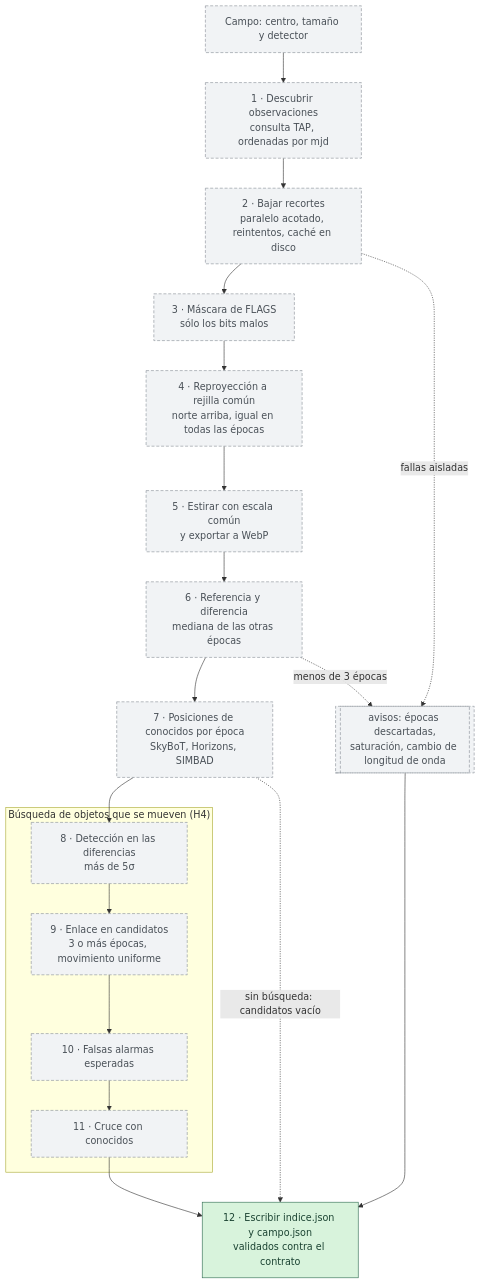
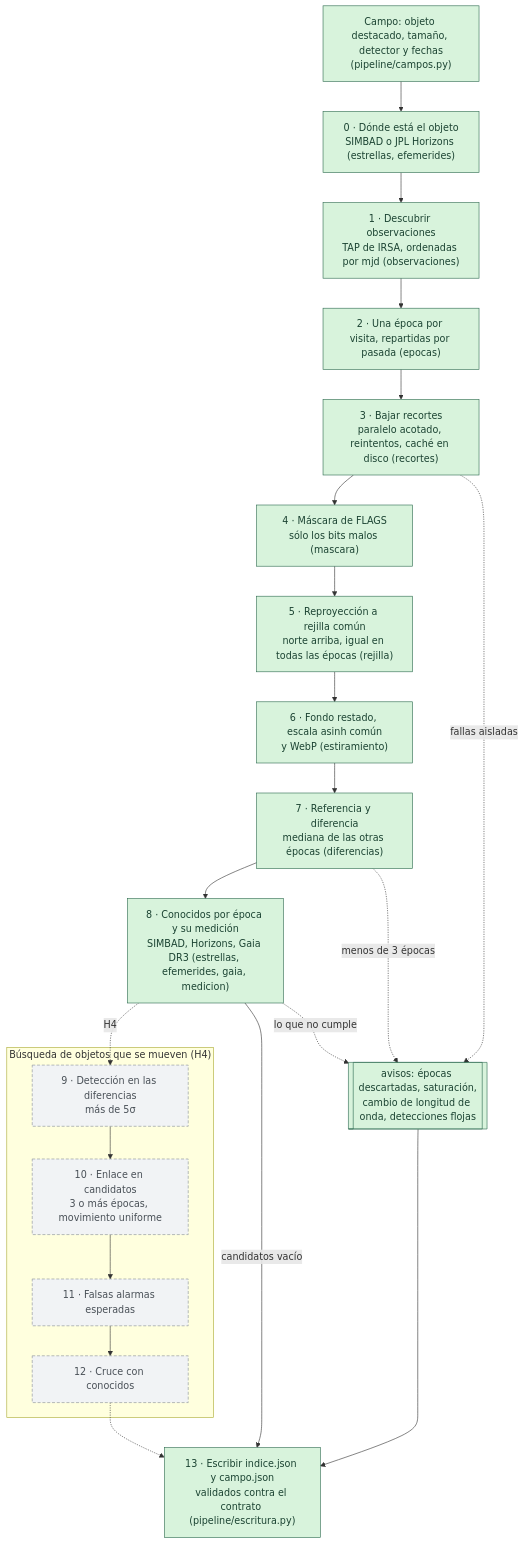
One commit to lautaromoreyraa/spherex-blink changed the fourth of 10 diagrams in README.md. Above: the diagram before and after it, drawn with Mermaid. The commit also changed other lines of this file, not shown here.

First line of the commit message:
RNF-12: Reescribe el README con el pipeline de datos real

````diff
--- a/README.md
+++ b/README.md
@@ -153,31 +152,34 @@
 ```mermaid
 flowchart TB
-    entrada["Campo: centro, tamaño y detector"]:::objetivo
-    descubrir["1 · Descubrir observaciones<br/>consulta TAP, ordenadas por mjd"]:::objetivo
-    bajar["2 · Bajar recortes<br/>paralelo acotado, reintentos, caché en disco"]:::objetivo
-    mascara["3 · Máscara de FLAGS<br/>sólo los bits malos"]:::objetivo
-    rejilla["4 · Reproyección a rejilla común<br/>norte arriba, igual en todas las épocas"]:::objetivo
-    estirar["5 · Estirar con escala común<br/>y exportar a WebP"]:::objetivo
-    diferencia["6 · Referencia y diferencia<br/>mediana de las otras épocas"]:::objetivo
-    conocidos["7 · Posiciones de conocidos por época<br/>SkyBoT, Horizons, SIMBAD"]:::objetivo
+    entrada["Campo: objeto destacado, tamaño, detector y fechas<br/>(pipeline/campos.py)"]:::hecho
+    destacado["0 · Dónde está el objeto<br/>SIMBAD o JPL Horizons (estrellas, efemerides)"]:::hecho
+    descubrir["1 · Descubrir observaciones<br/>TAP de IRSA, ordenadas por mjd (observaciones)"]:::hecho
+    elegir["2 · Una época por visita, repartidas por pasada (epocas)"]:::hecho
+    bajar["3 · Bajar recortes<br/>paralelo acotado, reintentos, caché en disco (recortes)"]:::hecho
+    mascara["4 · Máscara de FLAGS<br/>sólo los bits malos (mascara)"]:::hecho
+    rejilla["5 · Reproyección a rejilla común<br/>norte arriba, igual en todas las épocas (rejilla)"]:::hecho
+    estirar["6 · Fondo restado, escala asinh común<br/>y WebP (estiramiento)"]:::hecho
+    diferencia["7 · Referencia y diferencia<br/>mediana de las otras épocas (diferencias)"]:::hecho
+    conocidos["8 · Conocidos por época y su medición<br/>SIMBAD, Horizons, Gaia DR3 (estrellas, efemerides, gaia, medicion)"]:::hecho
 
     subgraph busqueda["Búsqueda de objetos que se mueven (H4)"]
-        detectar["8 · Detección en las diferencias<br/>más de 5σ"]:::objetivo
-        enlazar["9 · Enlace en candidatos<br/>3 o más épocas, movimiento uniforme"]:::objetivo
-        alarmas["10 · Falsas alarmas esperadas"]:::objetivo
-        cruce["11 · Cruce con conocidos"]:::objetivo
+        detectar["9 · Detección en las diferencias<br/>más de 5σ"]:::objetivo
+        enlazar["10 · Enlace en candidatos<br/>3 o más épocas, movimiento uniforme"]:::objetivo
+        alarmas["11 · Falsas alarmas esperadas"]:::objetivo
+        cruce["12 · Cruce con conocidos"]:::objetivo
     end
 
-    escribir["12 · Escribir indice.json y campo.json<br/>validados contra el contrato"]:::hecho
-    avisos[["avisos: épocas descartadas,<br/>saturación, cambio de longitud de onda"]]:::objetivo
+    escribir["13 · Escribir indice.json y campo.json<br/>validados contra el contrato (pipeline/escritura.py)"]:::hecho
+    avisos[["avisos: épocas descartadas, saturación,<br/>cambio de longitud de onda, detecciones flojas"]]:::hecho
 
-    entrada --> descubrir --> bajar --> mascara --> rejilla --> estirar --> diferencia --> conocidos
-    conocidos --> detectar --> enlazar --> alarmas --> cruce --> escribir
-    conocidos -. "sin búsqueda: candidatos vacío" .-> escribir
+    entrada --> destacado --> descubrir --> elegir --> bajar --> mascara --> rejilla --> estirar --> diferencia --> conocidos
+    conocidos -. "H4" .-> detectar --> enlazar --> alarmas --> cruce -.-> escribir
+    conocidos -- "candidatos vacío" --> escribir
     bajar -. "fallas aisladas" .-> avisos
     diferencia -. "menos de 3 épocas" .-> avisos
+    conocidos -. "lo que no cumple" .-> avisos
     avisos --> escribir
 
     classDef hecho fill:#d8f3dc,stroke:#2d6a4f,color:#1b4332
     classDef objetivo fill:#f1f3f5,stroke:#868e96,stroke-dasharray:5 3,color:#495057
 ```
````
